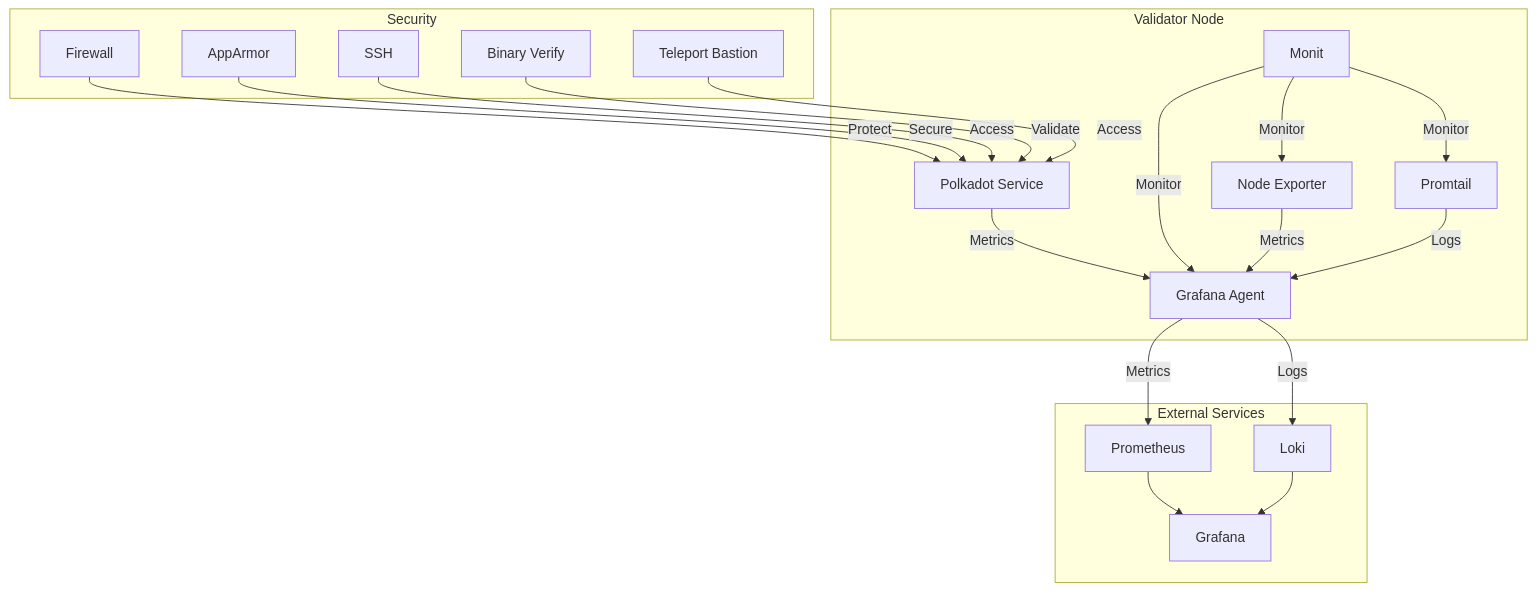
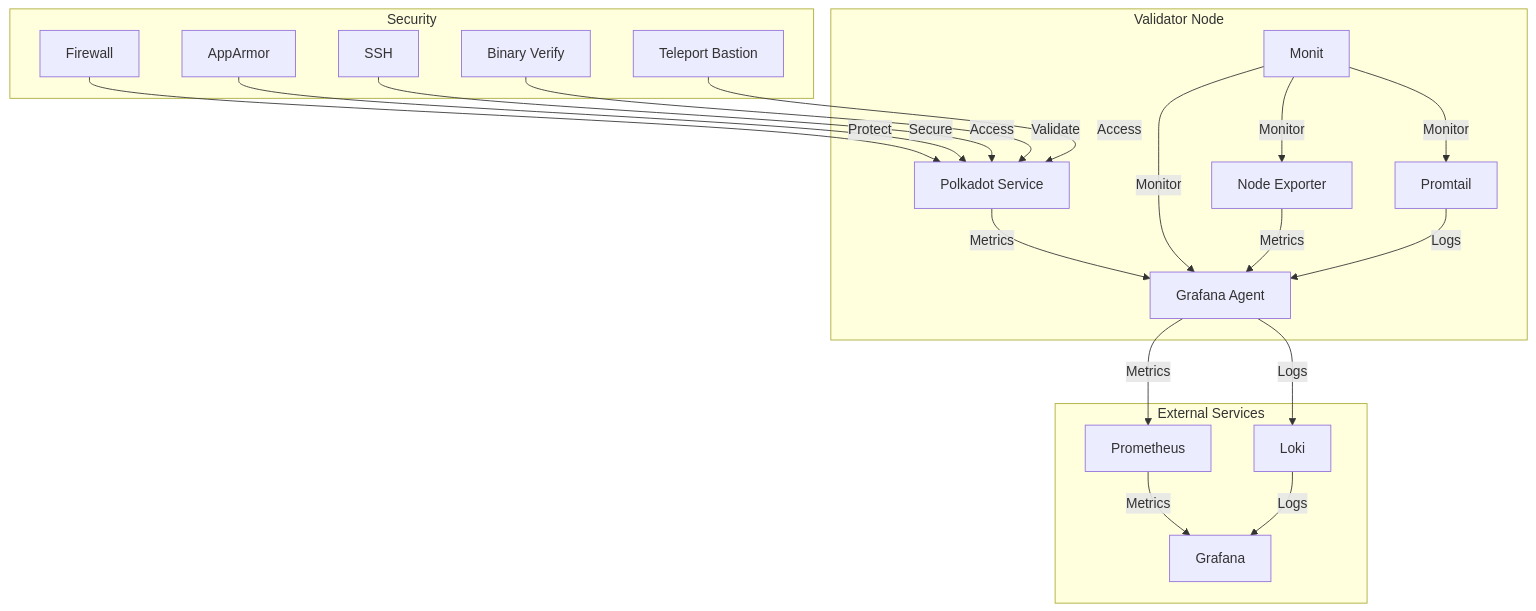
One commit to pampatzoglou/provision-validators changed the first of 5 diagrams in roles/polkadot/README.md. Above: the diagram before and after it, drawn with Mermaid. The commit also changed 2 other files, not shown here.

Commit message:
update README files

````diff
--- a/roles/polkadot/README.md
+++ b/roles/polkadot/README.md
@@ -7,40 +7,40 @@
 ```mermaid
 graph TD
     subgraph Validator Node
         A[Polkadot Service]
         B[Node Exporter]
         C[Grafana Agent]
         D[Promtail]
         M[Monit] --> |Monitor| C
         M --> |Monitor| B
         M --> |Monitor| D
     end
 
     subgraph External Services
         E[Prometheus]
         F[Loki]
         G[Grafana]
-        E --> G
-        F --> G
+        E --> |Metrics| G
+        F --> |Logs| G
     end
     
     subgraph Security
         H[Firewall]
         I[AppArmor]
         J[SSH]
         K[Binary Verify]
         L[Teleport Bastion]
     end
 
     A --> |Metrics| C
     B --> |Metrics| C
     D --> |Logs| C
     C --> |Metrics| E
     C --> |Logs| F
 
     H --> |Protect| A
     I --> |Secure| A
     J --> |Access| A
     K --> |Validate| A
     L --> |Access| A
 ```
````
